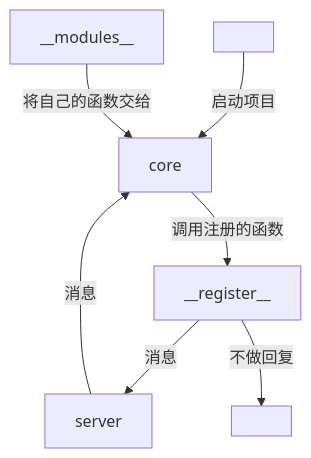
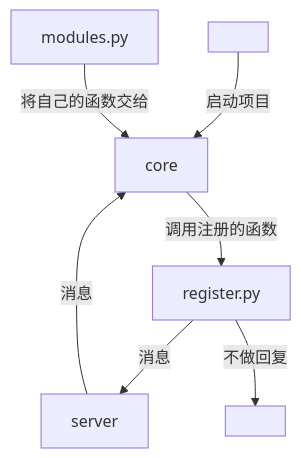
The second of 2 diagrams in README.md (kumoSleeping/TomorinBot), drawn with Mermaid before and after one commit. The commit also changed other lines of this file and 42 other files, not shown here.

````diff
--- a/README.md
+++ b/README.md
@@ -88,10 +88,10 @@
 ```mermaid
 
 graph TD
     A[ ] -->|启动项目| B[core]
-    C[__modules__] -->|将自己的函数交给| B[core]
-    B[core] -->|调用注册的函数| D[__register__]
+    C[modules.py] -->|将自己的函数交给| B[core]
+    B[core] -->|调用注册的函数| D[register.py]
     D -->|消息| E[server]
     D -->|不做回复| G[ ]
     E -->|消息| B
 ```
````
